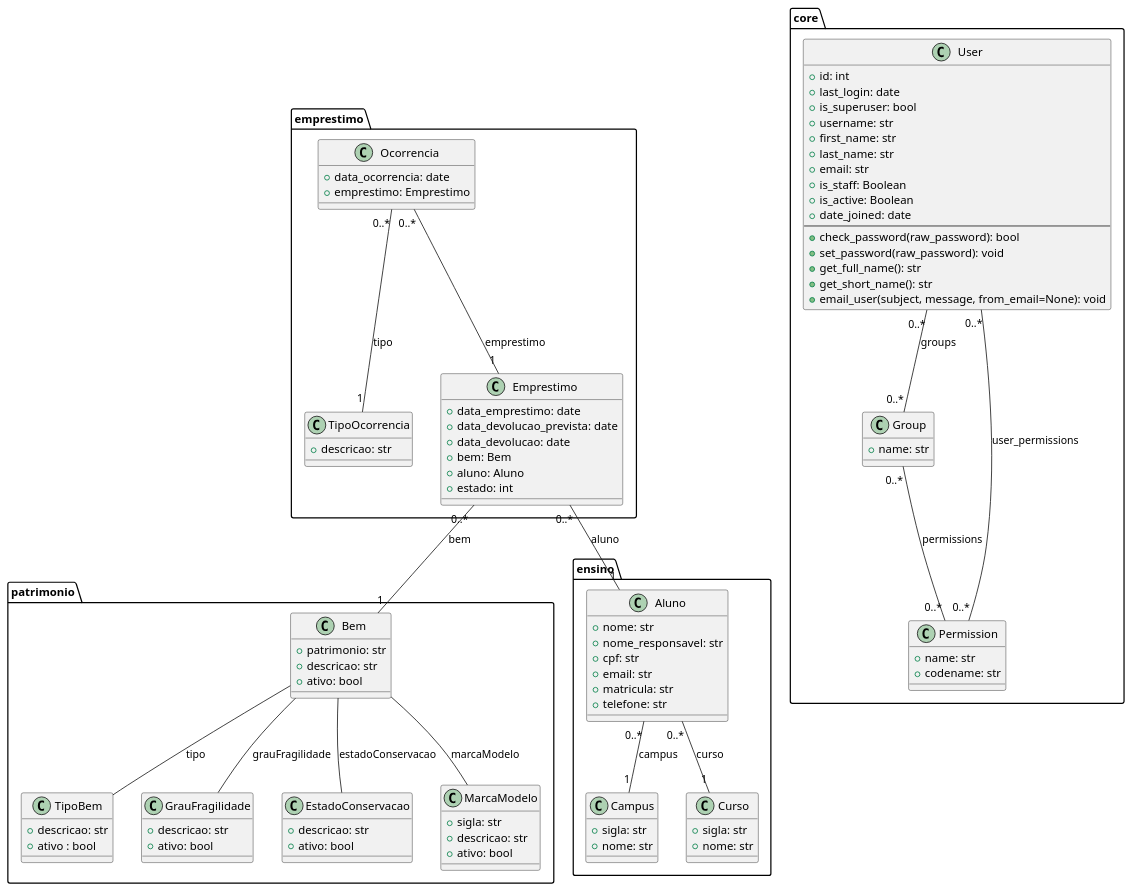
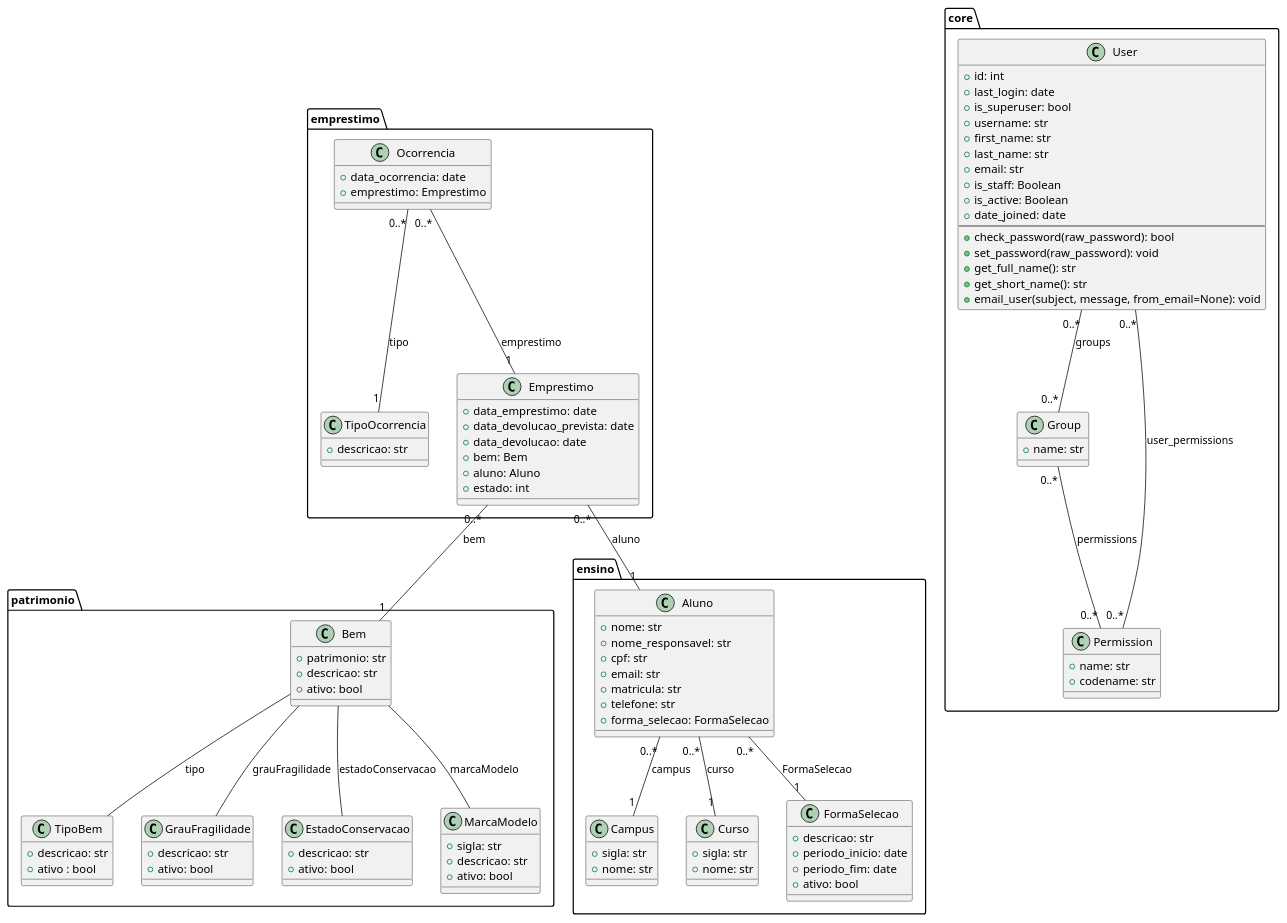
Before and after one commit to kavvata/sigemp: the diagram in plant-uml/class-diagram.puml, drawn with PlantUML.

Commit message:
docs(class): adicionado forma de selecao ao aluno

```diff
--- a/plant-uml/class-diagram.puml
+++ b/plant-uml/class-diagram.puml
@@ -1,120 +1,129 @@
 @startuml classes
 
 package "patrimonio" {
     class TipoBem {
         +descricao: str
         +ativo : bool
     }
 
     class GrauFragilidade {
         +descricao: str
         +ativo: bool
     }
 
     class EstadoConservacao {
         +descricao: str
         +ativo: bool
     }
 
     class MarcaModelo {
         +sigla: str
         +descricao: str
         +ativo: bool
     }
 
     class Bem {
         +patrimonio: str
         +descricao: str
         +ativo: bool
     }
 
     Bem -- TipoBem : "tipo"
     Bem -- GrauFragilidade : "grauFragilidade"
     Bem -- EstadoConservacao : "estadoConservacao"
     Bem -- MarcaModelo : "marcaModelo"
 }
 
 package "core" {
     class User {
         +id: int
         +last_login: date
         +is_superuser: bool
         +username: str
         +first_name: str
         +last_name: str
         +email: str
         +is_staff: Boolean
         +is_active: Boolean
         +date_joined: date
         --
         +check_password(raw_password): bool
         +set_password(raw_password): void
         +get_full_name(): str
         +get_short_name(): str
         +email_user(subject, message, from_email=None): void
     }
 
     class Group {
         +name: str
     }
 
     class Permission {
         +name: str
         +codename: str
     }
 
     User "0..*" -- "0..*" Group : "groups"
     User "0..*" -- "0..*" Permission : "user_permissions"
     Group "0..*" -- "0..*" Permission : "permissions"
 
 }
 
 package "ensino" {
     class Campus {
         +sigla: str
         +nome: str
     }
 
     class Curso {
         +sigla: str
         +nome: str
     }
 
+    class FormaSelecao {
+        +descricao: str
+        +periodo_inicio: date
+        +periodo_fim: date
+        +ativo: bool
+    }
+
     class Aluno {
         +nome: str
         +nome_responsavel: str
         +cpf: str
         +email: str
         +matricula: str
         +telefone: str
+        +forma_selecao: FormaSelecao
     }
 
+    Aluno "0..*" -- "1" FormaSelecao : "FormaSelecao"
     Aluno "0..*" -- "1" Campus : "campus"
     Aluno "0..*" -- "1" Curso : "curso"
 }
 
 package "emprestimo" {
     class TipoOcorrencia {
         +descricao: str
     }
     class Ocorrencia {
         +data_ocorrencia: date
         +emprestimo: Emprestimo
     }
     class Emprestimo {
         +data_emprestimo: date
         +data_devolucao_prevista: date
         +data_devolucao: date
         +bem: Bem
         +aluno: Aluno
         +estado: int
     }
 
     Emprestimo "0..*" -- "1" Bem : "bem"
     Emprestimo "0..*" -- "1" Aluno : "aluno"
 
     Ocorrencia "0..*" -- "1" TipoOcorrencia : "tipo"
     Ocorrencia "0..*" -- "1" Emprestimo : "emprestimo"
 }
 
 @enduml
```
